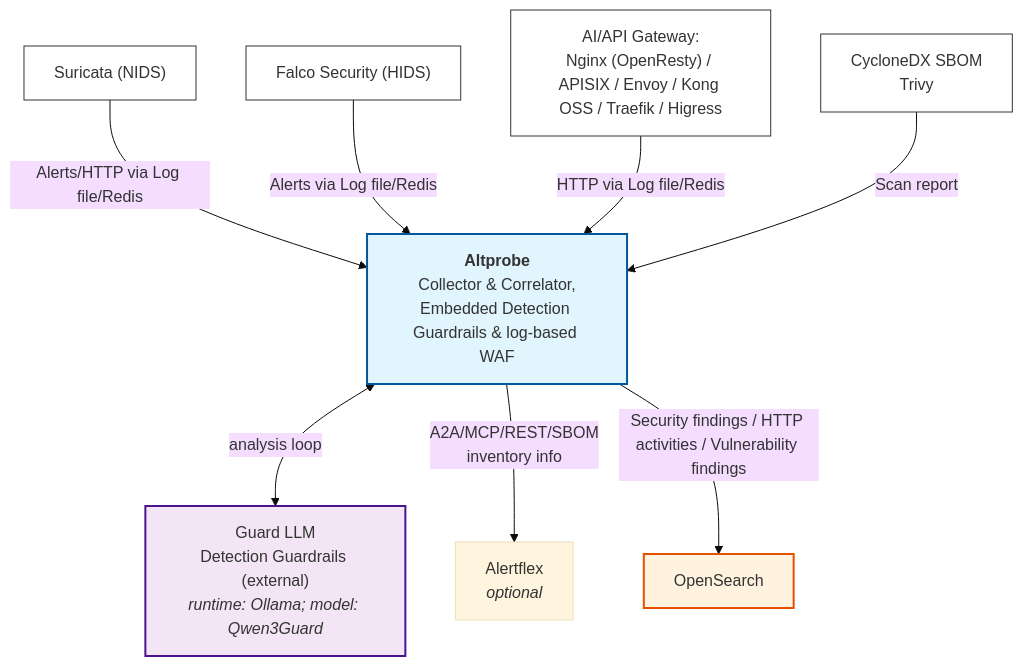
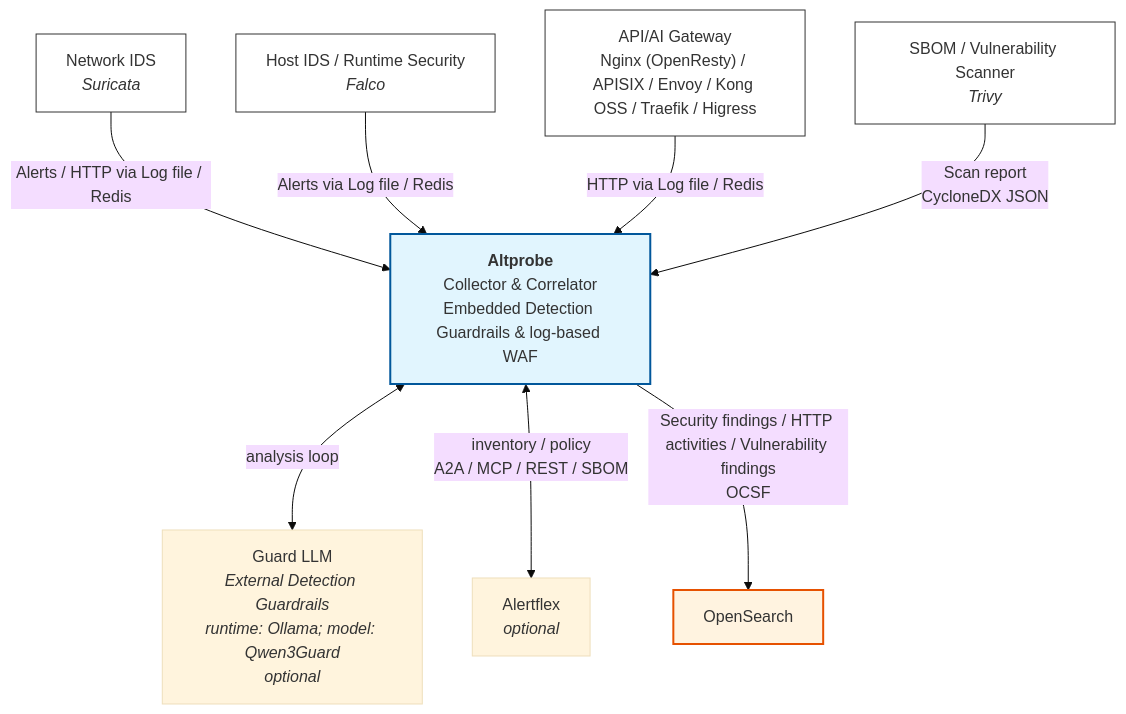
The second of 2 diagrams in README.md (olegzhr/altprobe), drawn with Mermaid (base theme) before and after one commit. The commit also changed other lines of this file, not shown here.

````diff
--- a/README.md
+++ b/README.md
@@ -69,34 +75,34 @@
 ```mermaid
 flowchart TD
-    NIDS["Suricata (NIDS)"]
-    HIDS["Falco Security (HIDS)"]
-    Sbom["CycloneDX SBOM<br/>Trivy"]
-    Proxy["AI/API Gateway:<br/>Nginx (OpenResty) / APISIX / Envoy / Kong OSS / Traefik / Higress"]
+    NIDS["Network IDS<br/><i>Suricata</i>"]
+    HIDS["Host IDS / Runtime Security<br/><i>Falco</i>"]
+    Sbom["SBOM / Vulnerability Scanner<br/><i>Trivy</i>"]
+    Proxy["API/AI Gateway<br/>Nginx (OpenResty) / APISIX / Envoy / Kong OSS / Traefik / Higress"]
 
-    Altprobe["<b>Altprobe</b><br/>Collector & Correlator,<br/>Embedded Detection Guardrails & log-based WAF"]
+    Altprobe["<b>Altprobe</b><br/>Collector &amp; Correlator<br/>Embedded Detection Guardrails &amp; log-based WAF"]
 
-    GLLM["Guard LLM<br/>Detection Guardrails (external)<br/><i>runtime: Ollama; model: Qwen3Guard</i>"]
+    GLLM["Guard LLM<br/><i>External Detection Guardrails</i><br/><i>runtime: Ollama; model: Qwen3Guard</i><br/><i>optional</i>"]
     Alertflex["Alertflex<br/><i>optional</i>"]
     OpenSearch["OpenSearch"]
 
-    NIDS -->|Alerts/HTTP via Log file/Redis| Altprobe
-    HIDS -->|Alerts via Log file/Redis| Altprobe
-    Proxy -->|HTTP via Log file/Redis| Altprobe
-    Sbom -->|Scan report| Altprobe
+    NIDS -->|Alerts / HTTP via Log file / Redis| Altprobe
+    HIDS -->|Alerts via Log file / Redis| Altprobe
+    Proxy -->|HTTP via Log file / Redis| Altprobe
+    Sbom -->|Scan report<br/>CycloneDX JSON| Altprobe
 
     Altprobe <-->|analysis loop| GLLM
-    Altprobe -->|A2A/MCP/REST/SBOM<br/>inventory info| Alertflex
-    Altprobe -->|Security findings / HTTP activities / Vulnerability findings| OpenSearch
+    Altprobe <-->|inventory / policy<br/>A2A / MCP / REST / SBOM| Alertflex
+    Altprobe -->|Security findings / HTTP activities / Vulnerability findings<br/>OCSF| OpenSearch
 
     classDef source fill:#ffffff,stroke:#333,stroke-width:1px
     classDef core fill:#e1f5fe,stroke:#01579b,stroke-width:2px
     classDef downstream fill:#f3e5f5,stroke:#4a148c,stroke-width:2px
     classDef store fill:#fff3e0,stroke:#e65100,stroke-width:2px
     classDef optional stroke-dasharray: 5 5
 
     class NIDS,HIDS,Proxy,Sbom source
     class Altprobe core
-    class GLLM downstream
+    class GLLM downstream,optional
     class Alertflex downstream,optional
     class OpenSearch store
 ```
````
